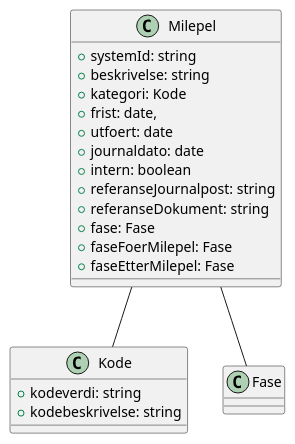
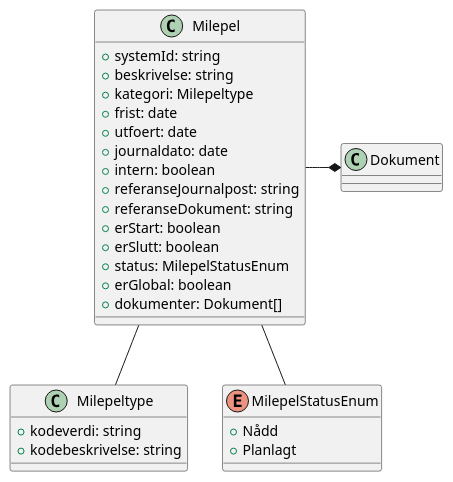
The diagram in Dokumentasjon/V1/ClassDiagrams/no.ks.fiks.saksfaser.v1.felles.milepel/classdiagram.pu (ks-no/fiks-saksfaser-specification), drawn with PlantUML before and after one commit. The commit also changed 27 other files, not shown here.

```diff
--- a/Dokumentasjon/V1/ClassDiagrams/no.ks.fiks.saksfaser.v1.felles.milepel/classdiagram.pu
+++ b/Dokumentasjon/V1/ClassDiagrams/no.ks.fiks.saksfaser.v1.felles.milepel/classdiagram.pu
@@ -1,26 +1,35 @@
 @startuml
 
 class Milepel {
     +systemId: string
     +beskrivelse: string
-    +kategori: Kode
-    +frist: date,
+    +kategori: Milepeltype
+    +frist: date
     +utfoert: date
     +journaldato: date
     +intern: boolean
     +referanseJournalpost: string
     +referanseDokument: string
-    +fase: Fase
-    +faseFoerMilepel: Fase
-    +faseEtterMilepel: Fase
+    +erStart: boolean
+    +erSlutt: boolean
+    +status: MilepelStatusEnum
+    +erGlobal: boolean
+    +dokumenter: Dokument[]
 }
 
-Milepel -- Kode
-Milepel -- Fase
+Milepel -- Milepeltype
 
-class Kode {
+class Milepeltype {
     +kodeverdi: string
     +kodebeskrivelse: string
 }
 
+Milepel -- MilepelStatusEnum
+Milepel -* Dokument
+
+enum MilepelStatusEnum {
+    +Nådd
+    +Planlagt
+}
+
 @enduml
```
